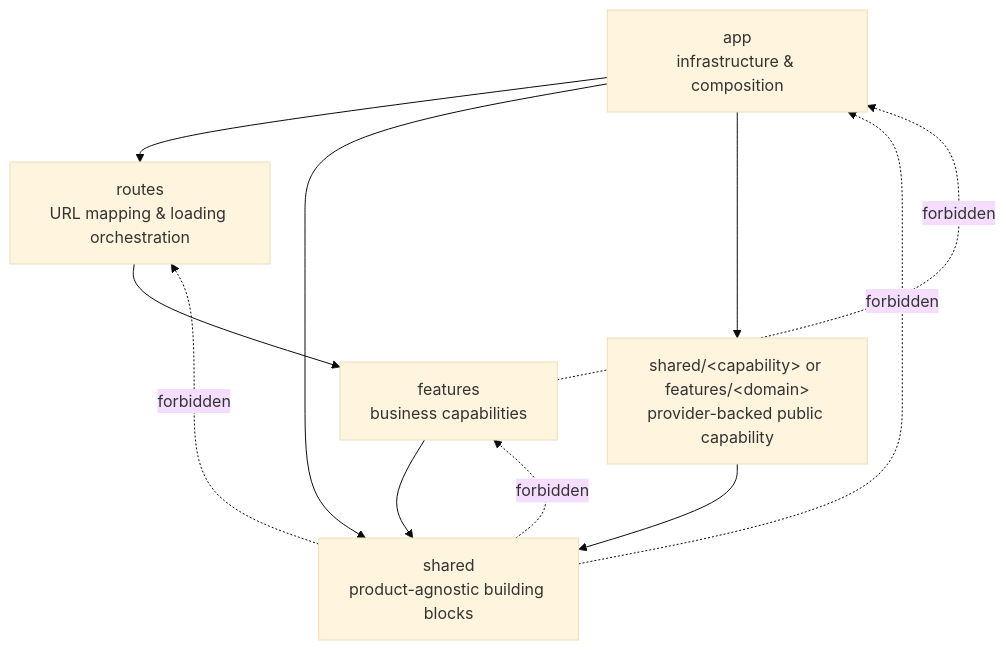
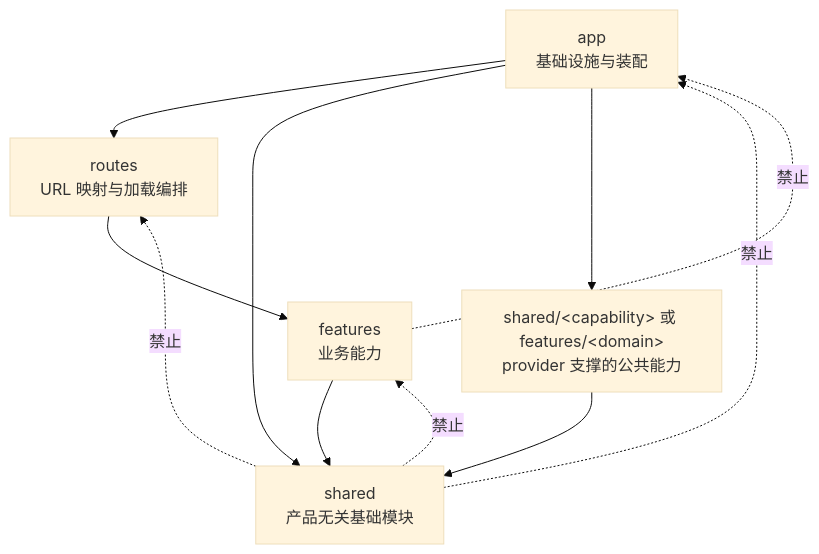
One commit to RingoTangs/react-app changed the diagram in README.md. Above: the diagram before and after it, drawn with Mermaid (base theme). The commit also changed other lines of this file and 1 other file, not shown here.

````diff
--- a/README.md
+++ b/README.md
@@ -157,20 +151,20 @@
 ```mermaid
 flowchart TD
-  App["app<br/>infrastructure & composition"]
-  Routes["routes<br/>URL mapping & loading orchestration"]
-  Features["features<br/>business capabilities"]
-  Shared["shared<br/>product-agnostic building blocks"]
-  ProviderCapability["shared/&lt;capability&gt; or features/&lt;domain&gt;<br/>provider-backed public capability"]
+  App["app<br/>基础设施与装配"]
+  Routes["routes<br/>URL 映射与加载编排"]
+  Features["features<br/>业务能力"]
+  Shared["shared<br/>产品无关基础模块"]
+  ProviderCapability["shared/&lt;capability&gt; 或 features/&lt;domain&gt;<br/>provider 支撑的公共能力"]
 
   App --> Routes
   App --> Shared
   App --> ProviderCapability
   Routes --> Features
   Features --> Shared
   ProviderCapability --> Shared
 
-  Shared -. forbidden .-> App
-  Shared -. forbidden .-> Routes
-  Shared -. forbidden .-> Features
-  Features -. forbidden .-> App
+  Shared -. 禁止 .-> App
+  Shared -. 禁止 .-> Routes
+  Shared -. 禁止 .-> Features
+  Features -. 禁止 .-> App
 ```
````
